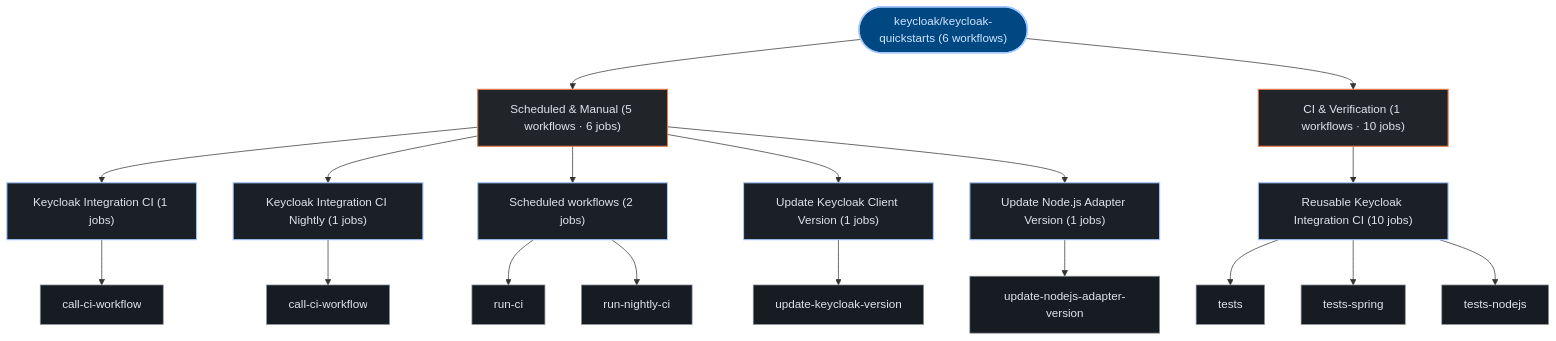
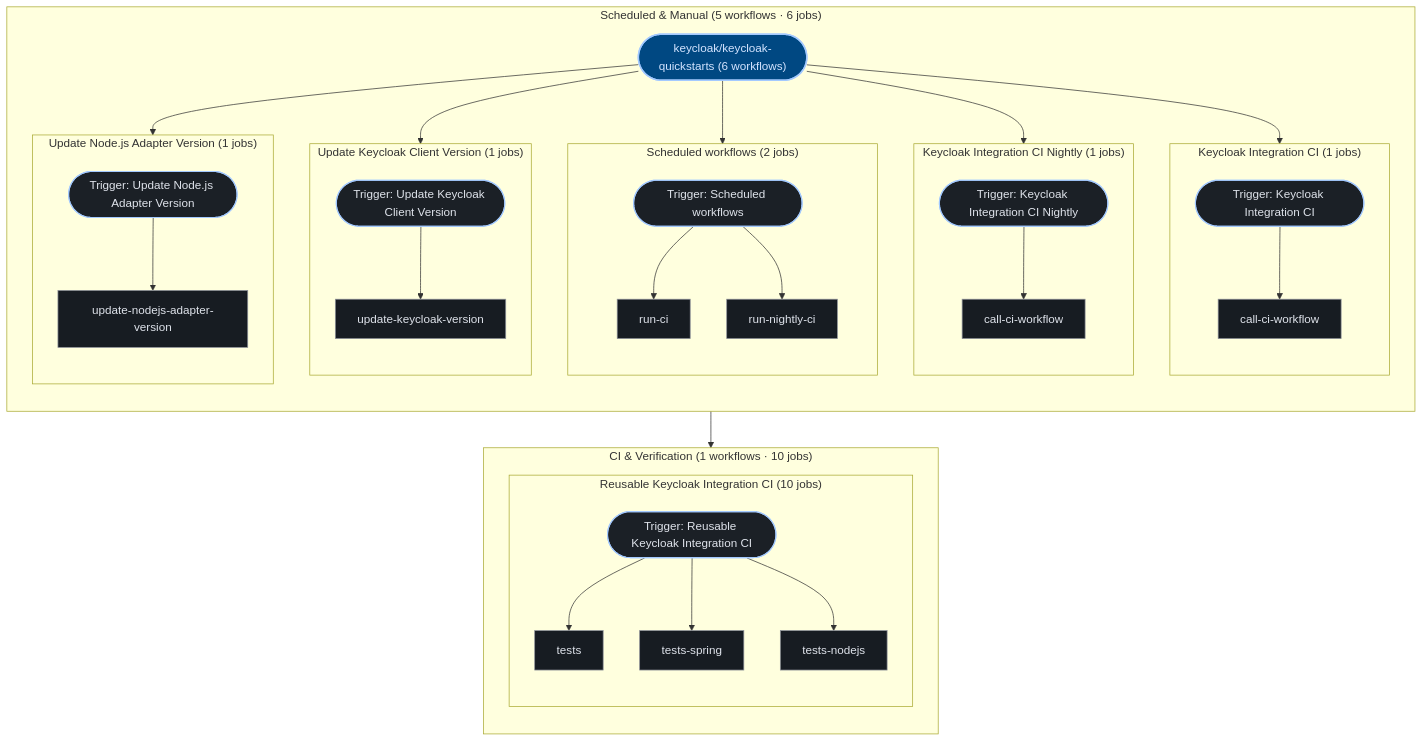
One commit to kumarshaz/atruss-code-atlas changed the third of 3 diagrams in exports/latest/reports/keycloak-keycloak-quickstarts-report.md. Above: the diagram before and after it, drawn with Mermaid. The commit also changed 181 other files, not shown here.

````diff
--- a/exports/latest/reports/keycloak-keycloak-quickstarts-report.md
+++ b/exports/latest/reports/keycloak-keycloak-quickstarts-report.md
@@ -286,45 +286,65 @@
 ```mermaid
 graph TD;
   classDef atlasRoot fill:#004882,stroke:#a3c9ff,stroke-width:2px,color:#d3e4ff
   classDef atlasCategory fill:#212428,stroke:#E87A48,stroke-width:1.5px,color:#dfe3eb
   classDef atlasWorkflow fill:#1b2026,stroke:#a3c9ff,stroke-width:1.5px,color:#dfe3eb
   classDef atlasJob fill:#171c22,stroke:#8d9199,stroke-width:1px,color:#dfe3eb
   classDef atlasTarget fill:#005227,stroke:#8bd99b,stroke-width:1.5px,color:#a7f6b6
   classDef atlasAlert fill:#93000a,stroke:#ffb4ab,stroke-width:1.5px,color:#ffdad6
   classDef atlasMore fill:#252a31,stroke:#8d9199,stroke-dasharray:4 4,color:#c3c6cf
   pipeline_root(["keycloak/keycloak-quickstarts (6 workflows)"]):::atlasRoot
-  grp_0_Scheduled___Manual["Scheduled & Manual (5 workflows · 6 jobs)"]:::atlasCategory
-  pipeline_root --> grp_0_Scheduled___Manual
-  wf_0_Keycloak_Integration_CI["Keycloak Integration CI (1 jobs)"]:::atlasWorkflow
-  grp_0_Scheduled___Manual --> wf_0_Keycloak_Integration_CI
-  job_0_call_ci_workflow["call-ci-workflow"]:::atlasJob
-  wf_0_Keycloak_Integration_CI --> job_0_call_ci_workflow
-  wf_1_Keycloak_Integration_CI_Nightly["Keycloak Integration CI Nightly (1 jobs)"]:::atlasWorkflow
-  grp_0_Scheduled___Manual --> wf_1_Keycloak_Integration_CI_Nightly
-  job_1_call_ci_workflow["call-ci-workflow"]:::atlasJob
-  wf_1_Keycloak_Integration_CI_Nightly --> job_1_call_ci_workflow
-  wf_2_Scheduled_workflows["Scheduled workflows (2 jobs)"]:::atlasWorkflow
-  grp_0_Scheduled___Manual --> wf_2_Scheduled_workflows
-  job_2_run_ci["run-ci"]:::atlasJob
-  job_2_run_nightly_ci["run-nightly-ci"]:::atlasJob
-  wf_2_Scheduled_workflows --> job_2_run_ci
-  wf_2_Scheduled_workflows --> job_2_run_nightly_ci
-  wf_3_Update_Keycloak_Client_Version["Update Keycloak Client Version (1 jobs)"]:::atlasWorkflow
-  grp_0_Scheduled___Manual --> wf_3_Update_Keycloak_Client_Version
-  job_3_update_keycloak_version["update-keycloak-version"]:::atlasJob
-  wf_3_Update_Keycloak_Client_Version --> job_3_update_keycloak_version
-  wf_4_Update_Node_js_Adapter_Version["Update Node.js Adapter Version (1 jobs)"]:::atlasWorkflow
-  grp_0_Scheduled___Manual --> wf_4_Update_Node_js_Adapter_Version
-  job_4_update_nodejs_adapter_version["update-nodejs-adapter-version"]:::atlasJob
-  wf_4_Update_Node_js_Adapter_Version --> job_4_update_nodejs_adapter_version
-  grp_1_CI___Verification["CI & Verification (1 workflows · 10 jobs)"]:::atlasCategory
-  pipeline_root --> grp_1_CI___Verification
-  wf_5_Reusable_Keycloak_Integration_CI["Reusable Keycloak Integration CI (10 jobs)"]:::atlasWorkflow
-  grp_1_CI___Verification --> wf_5_Reusable_Keycloak_Integration_CI
-  job_5_tests["tests"]:::atlasJob
-  job_5_tests_spring["tests-spring"]:::atlasJob
-  job_5_tests_nodejs["tests-nodejs"]:::atlasJob
-  wf_5_Reusable_Keycloak_Integration_CI --> job_5_tests
-  wf_5_Reusable_Keycloak_Integration_CI --> job_5_tests_spring
-  wf_5_Reusable_Keycloak_Integration_CI --> job_5_tests_nodejs
+  subgraph sg_grp_0_Scheduled___Manual["Scheduled & Manual (5 workflows · 6 jobs)"]
+    direction TB
+    subgraph sg_wf_0_Keycloak_Integration_CI["Keycloak Integration CI (1 jobs)"]
+      direction TB
+      wf_0_Keycloak_Integration_CI(["Trigger: Keycloak Integration CI"]):::atlasWorkflow
+      job_0_call_ci_workflow["call-ci-workflow"]:::atlasJob
+      wf_0_Keycloak_Integration_CI --> job_0_call_ci_workflow
+    end
+    pipeline_root --> wf_0_Keycloak_Integration_CI
+    subgraph sg_wf_1_Keycloak_Integration_CI_Nightly["Keycloak Integration CI Nightly (1 jobs)"]
+      direction TB
+      wf_1_Keycloak_Integration_CI_Nightly(["Trigger: Keycloak Integration CI Nightly"]):::atlasWorkflow
+      job_1_call_ci_workflow["call-ci-workflow"]:::atlasJob
+      wf_1_Keycloak_Integration_CI_Nightly --> job_1_call_ci_workflow
+    end
+    pipeline_root --> wf_1_Keycloak_Integration_CI_Nightly
+    subgraph sg_wf_2_Scheduled_workflows["Scheduled workflows (2 jobs)"]
+      direction TB
+      wf_2_Scheduled_workflows(["Trigger: Scheduled workflows"]):::atlasWorkflow
+      job_2_run_ci["run-ci"]:::atlasJob
+      job_2_run_nightly_ci["run-nightly-ci"]:::atlasJob
+      wf_2_Scheduled_workflows --> job_2_run_ci
+      wf_2_Scheduled_workflows --> job_2_run_nightly_ci
+    end
+    pipeline_root --> wf_2_Scheduled_workflows
+    subgraph sg_wf_3_Update_Keycloak_Client_Version["Update Keycloak Client Version (1 jobs)"]
+      direction TB
+      wf_3_Update_Keycloak_Client_Version(["Trigger: Update Keycloak Client Version"]):::atlasWorkflow
+      job_3_update_keycloak_version["update-keycloak-version"]:::atlasJob
+      wf_3_Update_Keycloak_Client_Version --> job_3_update_keycloak_version
+    end
+    pipeline_root --> wf_3_Update_Keycloak_Client_Version
+    subgraph sg_wf_4_Update_Node_js_Adapter_Version["Update Node.js Adapter Version (1 jobs)"]
+      direction TB
+      wf_4_Update_Node_js_Adapter_Version(["Trigger: Update Node.js Adapter Version"]):::atlasWorkflow
+      job_4_update_nodejs_adapter_version["update-nodejs-adapter-version"]:::atlasJob
+      wf_4_Update_Node_js_Adapter_Version --> job_4_update_nodejs_adapter_version
+    end
+    pipeline_root --> wf_4_Update_Node_js_Adapter_Version
+  end
+  subgraph sg_grp_1_CI___Verification["CI & Verification (1 workflows · 10 jobs)"]
+    direction TB
+    subgraph sg_wf_5_Reusable_Keycloak_Integration_CI["Reusable Keycloak Integration CI (10 jobs)"]
+      direction TB
+      wf_5_Reusable_Keycloak_Integration_CI(["Trigger: Reusable Keycloak Integration CI"]):::atlasWorkflow
+      job_5_tests["tests"]:::atlasJob
+      job_5_tests_spring["tests-spring"]:::atlasJob
+      job_5_tests_nodejs["tests-nodejs"]:::atlasJob
+      wf_5_Reusable_Keycloak_Integration_CI --> job_5_tests
+      wf_5_Reusable_Keycloak_Integration_CI --> job_5_tests_spring
+      wf_5_Reusable_Keycloak_Integration_CI --> job_5_tests_nodejs
+    end
+    pipeline_root --> wf_5_Reusable_Keycloak_Integration_CI
+  end
 ```
````
